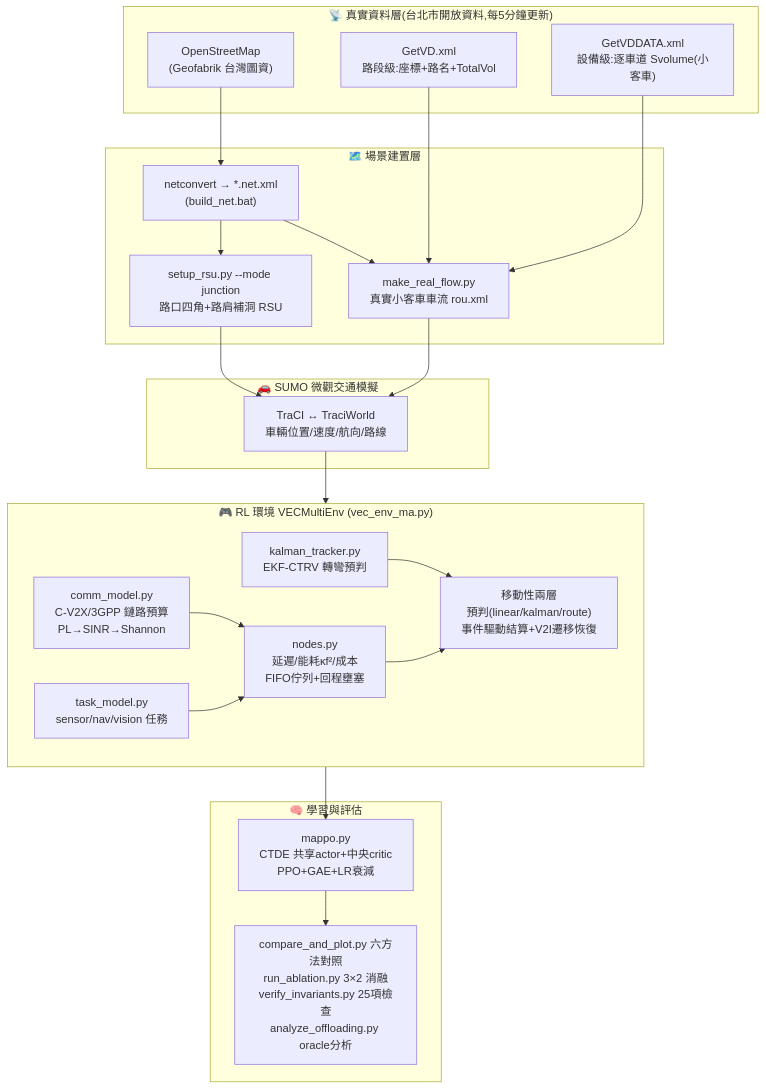
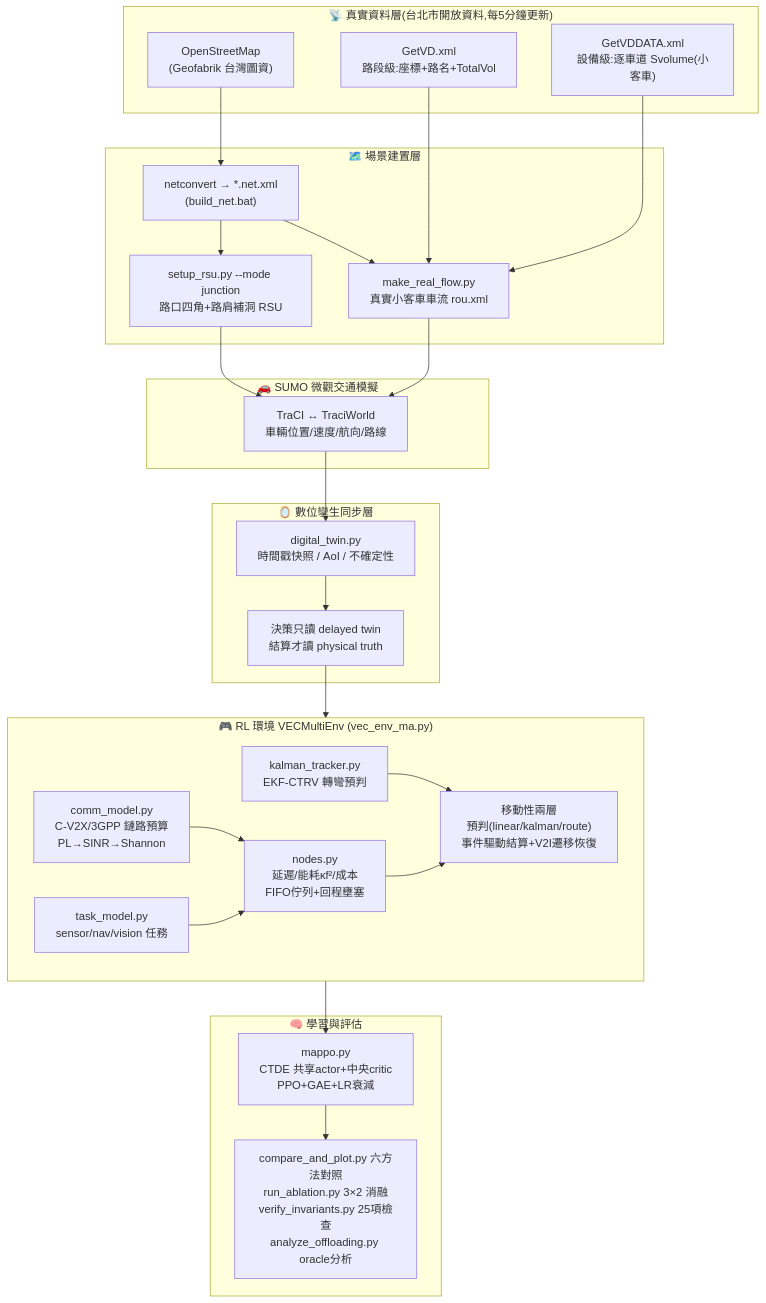
One commit to Nekojuice03/desktop-tutorial changed the first of 3 diagrams in README.md. Above: the diagram before and after it, drawn with Mermaid. The commit also changed other lines of this file and 15 other files, not shown here.

Commit message:
Refactor digital twin state and masked MAPPO

````diff
--- a/README.md
+++ b/README.md
@@ -13,44 +13,49 @@
 ```mermaid
 flowchart TB
     subgraph DATA["📡 真實資料層(台北市開放資料,每5分鐘更新)"]
         OSM["OpenStreetMap<br/>(Geofabrik 台灣圖資)"]
         VD1["GetVD.xml<br/>路段級:座標+路名+TotalVol"]
         VD2["GetVDDATA.xml<br/>設備級:逐車道 Svolume(小客車)"]
     end
 
     subgraph SCEN["🗺️ 場景建置層"]
         NET["netconvert → *.net.xml<br/>(build_net.bat)"]
         RSU["setup_rsu.py --mode junction<br/>路口四角+路肩補洞 RSU"]
         FLOW["make_real_flow.py<br/>真實小客車車流 rou.xml"]
     end
 
     subgraph SIM["🚗 SUMO 微觀交通模擬"]
         SUMO["TraCI ↔ TraciWorld<br/>車輛位置/速度/航向/路線"]
+    end
+
+    subgraph TWIN["🪞 數位孿生同步層"]
+        STORE["digital_twin.py<br/>時間戳快照 / AoI / 不確定性"]
+        BOUNDARY["決策只讀 delayed twin<br/>結算才讀 physical truth"]
     end
 
     subgraph ENV["🎮 RL 環境 VECMultiEnv (vec_env_ma.py)"]
         COMM["comm_model.py<br/>C-V2X/3GPP 鏈路預算<br/>PL→SINR→Shannon"]
         TASK["task_model.py<br/>sensor/nav/vision 任務"]
         NODES["nodes.py<br/>延遲/能耗κf²/成本<br/>FIFO佇列+回程壅塞"]
         MOB["移動性兩層<br/>預判(linear/kalman/route)<br/>事件驅動結算+V2I遷移恢復"]
         KF["kalman_tracker.py<br/>EKF-CTRV 轉彎預判"]
     end
 
     subgraph LEARN["🧠 學習與評估"]
         MAPPO["mappo.py<br/>CTDE 共享actor+中央critic<br/>PPO+GAE+LR衰減"]
         EVAL["compare_and_plot.py 六方法對照<br/>run_ablation.py 3×2 消融<br/>verify_invariants.py 25項檢查<br/>analyze_offloading.py oracle分析"]
     end
 
     OSM --> NET --> RSU
     NET --> FLOW
     VD1 --> FLOW
     VD2 --> FLOW
     RSU --> SUMO
     FLOW --> SUMO
-    SUMO --> ENV
+    SUMO --> STORE --> BOUNDARY --> ENV
     COMM --> NODES
     TASK --> NODES
     KF --> MOB
     NODES --> MOB
     ENV --> MAPPO --> EVAL
 ```
````
